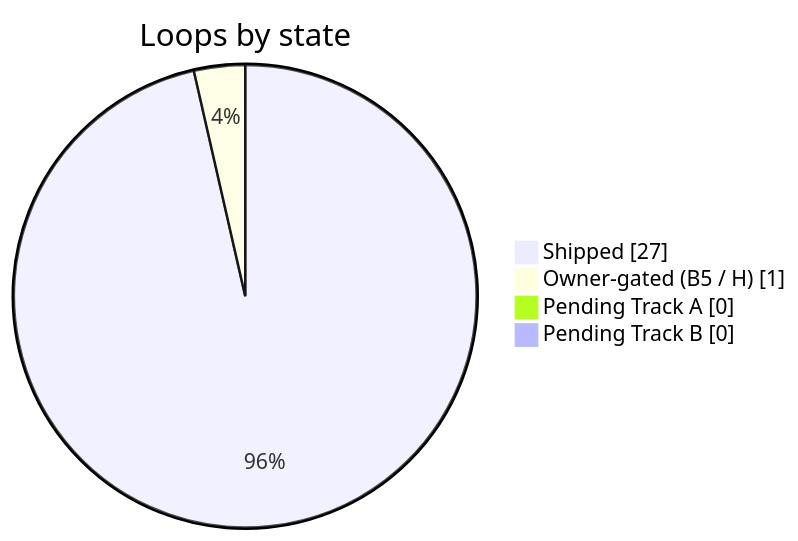
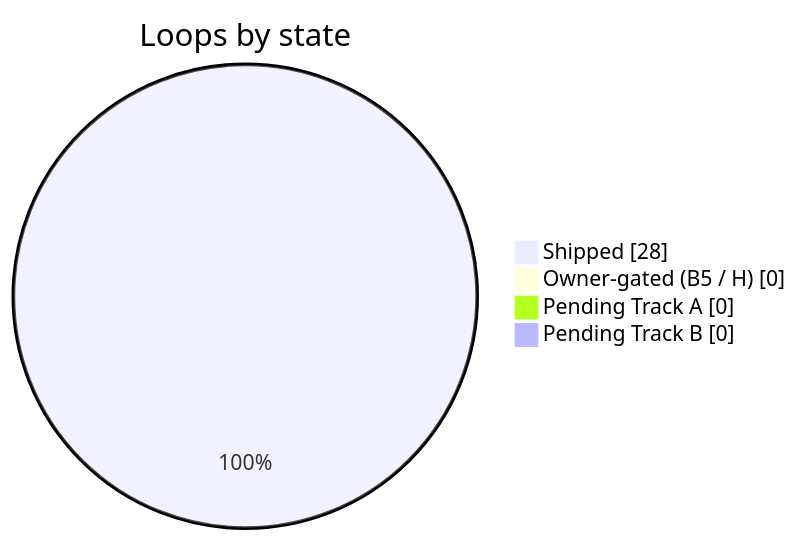
One commit to ivangarciafilho/DNDSheet changed the first of 2 diagrams in docs/roadmap/DNDSheet-Implementation-Backlog.md. Above: the diagram before and after it, drawn with Mermaid. The commit also changed other lines of this file and 5 other files, not shown here.

````diff
--- a/docs/roadmap/DNDSheet-Implementation-Backlog.md
+++ b/docs/roadmap/DNDSheet-Implementation-Backlog.md
@@ -400,8 +419,8 @@
 ```mermaid
 pie showData
   title Loops by state
-  "Shipped" : 27
-  "Owner-gated (B5 / H)" : 1
+  "Shipped" : 28
+  "Owner-gated (B5 / H)" : 0
   "Pending Track A" : 0
   "Pending Track B" : 0
 ```
````
